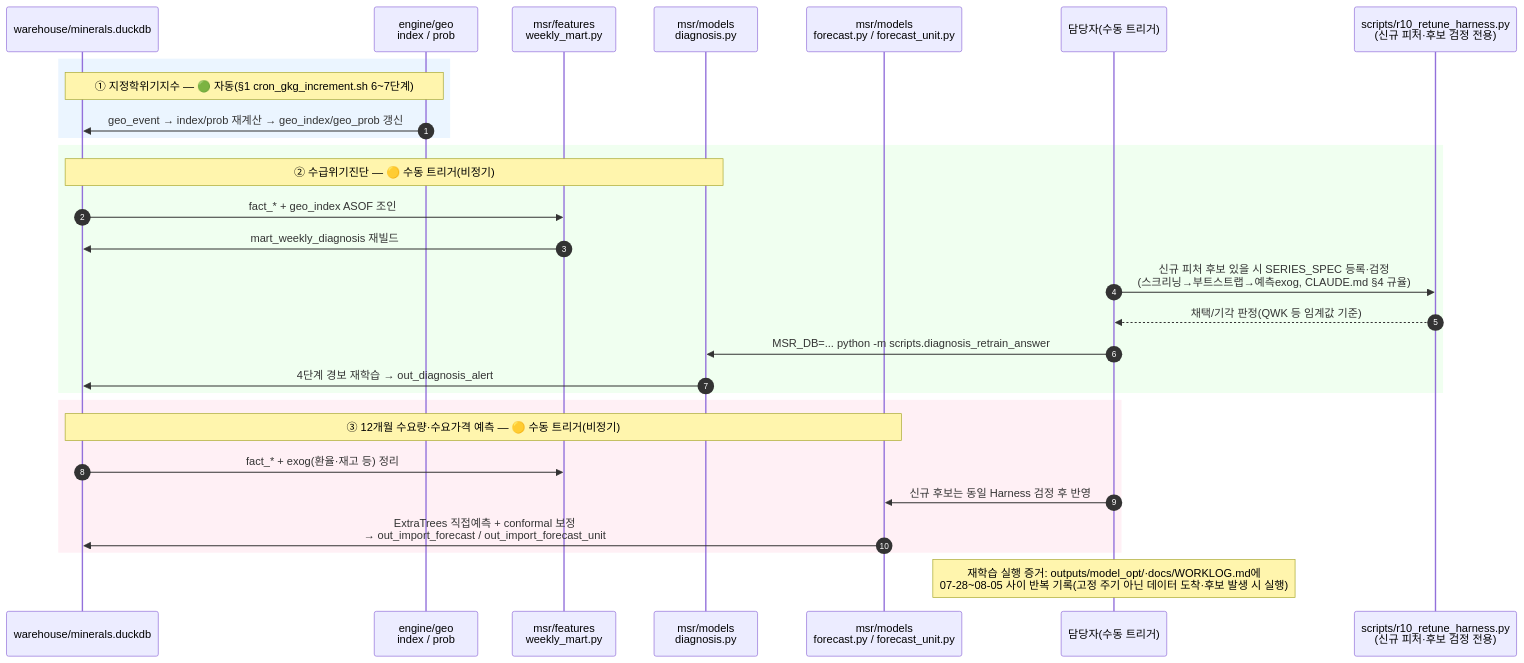
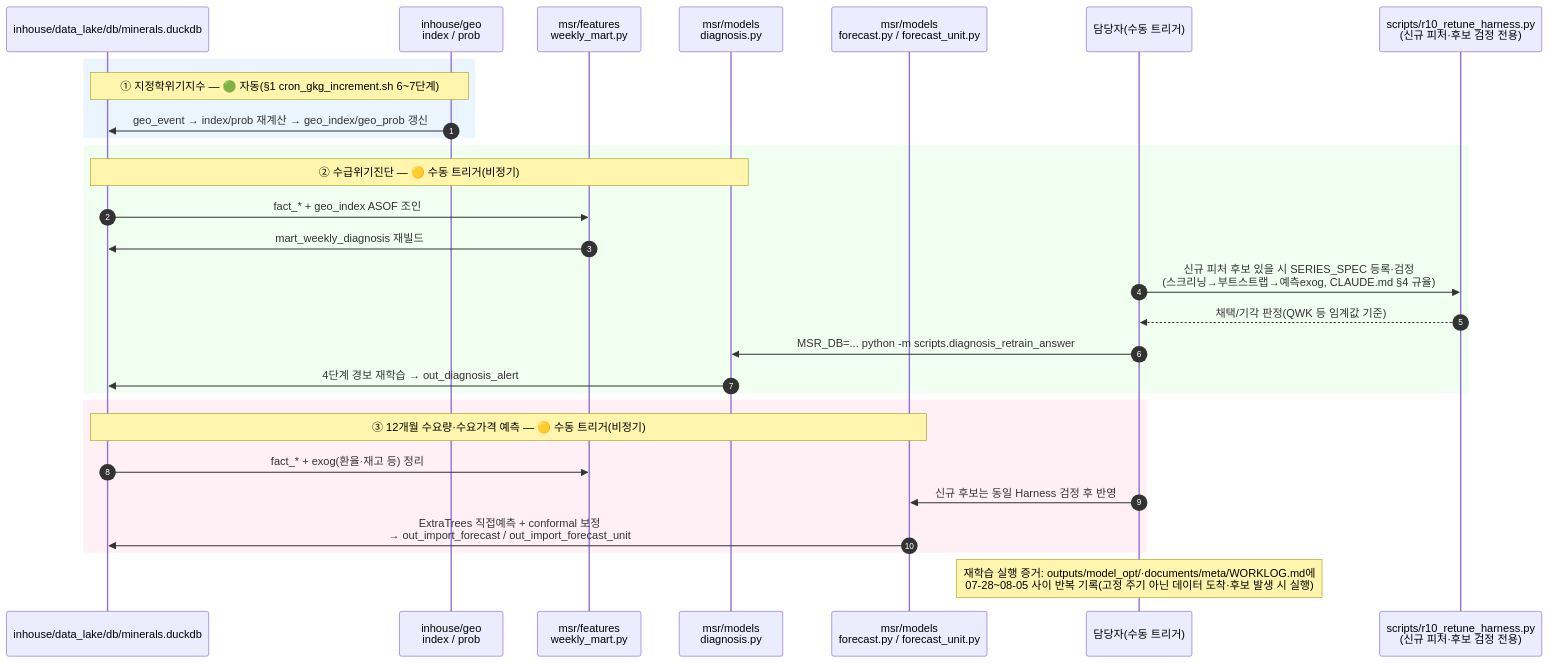
One commit to jhkang-illunex/komir changed the third of 4 diagrams in documents/산출물/2026-W32_0803-0809/전체프로세스_시퀀스다이어그램_260806.md. Above: the diagram before and after it, drawn with Mermaid. The commit also changed other lines of this file and 715 other files, not shown here.

````diff
--- a/documents/산출물/2026-W32_0803-0809/전체프로세스_시퀀스다이어그램_260806.md
+++ b/documents/산출물/2026-W32_0803-0809/전체프로세스_시퀀스다이어그램_260806.md
@@ -114,35 +125,35 @@
 ```mermaid
 sequenceDiagram
     autonumber
-    participant DB as warehouse/minerals.duckdb
-    participant GeoIdx as engine/geo<br/>index / prob
+    participant DB as inhouse/data_lake/db/minerals.duckdb
+    participant GeoIdx as inhouse/geo<br/>index / prob
     participant Feat as msr/features<br/>weekly_mart.py
     participant Diag as msr/models<br/>diagnosis.py
     participant Fcst as msr/models<br/>forecast.py / forecast_unit.py
     participant Op as 담당자(수동 트리거)
     participant Harness as scripts/r10_retune_harness.py<br/>(신규 피처·후보 검정 전용)
 
     rect rgb(235,245,255)
     Note over DB,GeoIdx: ① 지정학위기지수 — 🟢 자동(§1 cron_gkg_increment.sh 6~7단계)
     GeoIdx->>DB: geo_event → index/prob 재계산 → geo_index/geo_prob 갱신
     end
 
     rect rgb(240,255,240)
     Note over DB,Diag: ② 수급위기진단 — 🟡 수동 트리거(비정기)
     DB->>Feat: fact_* + geo_index ASOF 조인
     Feat->>DB: mart_weekly_diagnosis 재빌드
     Op->>Harness: 신규 피처 후보 있을 시 SERIES_SPEC 등록·검정<br/>(스크리닝→부트스트랩→예측exog, CLAUDE.md §4 규율)
     Harness-->>Op: 채택/기각 판정(QWK 등 임계값 기준)
     Op->>Diag: MSR_DB=... python -m scripts.diagnosis_retrain_answer
     Diag->>DB: 4단계 경보 재학습 → out_diagnosis_alert
     end
 
     rect rgb(255,240,245)
     Note over DB,Fcst: ③ 12개월 수요량·수요가격 예측 — 🟡 수동 트리거(비정기)
     DB->>Feat: fact_* + exog(환율·재고 등) 정리
     Op->>Fcst: 신규 후보는 동일 Harness 검정 후 반영
     Fcst->>DB: ExtraTrees 직접예측 + conformal 보정<br/>→ out_import_forecast / out_import_forecast_unit
     end
 
-    Note over Op: 재학습 실행 증거: outputs/model_opt/·docs/WORKLOG.md에<br/>07-28~08-05 사이 반복 기록(고정 주기 아닌 데이터 도착·후보 발생 시 실행)
+    Note over Op: 재학습 실행 증거: outputs/model_opt/·documents/meta/WORKLOG.md에<br/>07-28~08-05 사이 반복 기록(고정 주기 아닌 데이터 도착·후보 발생 시 실행)
 ```
````
